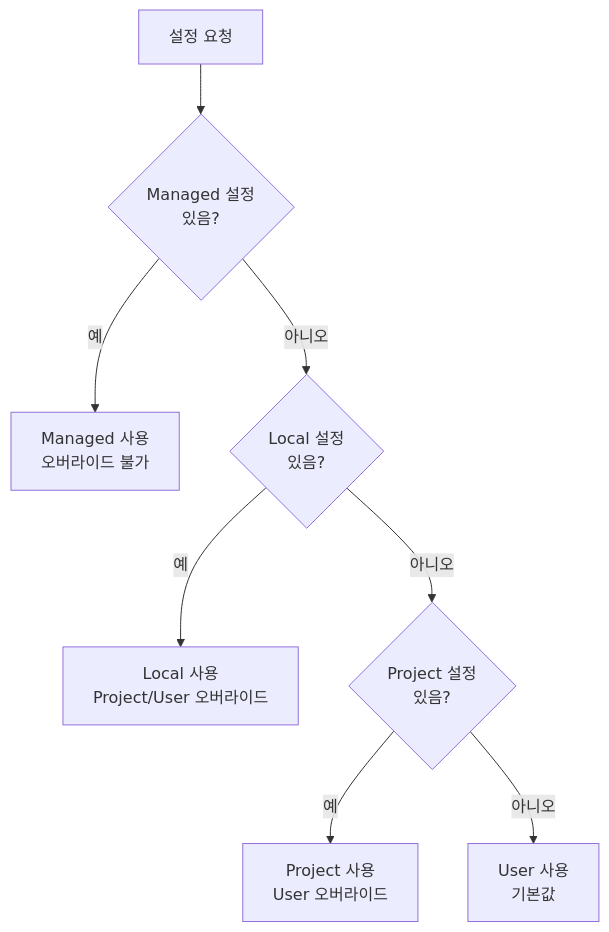
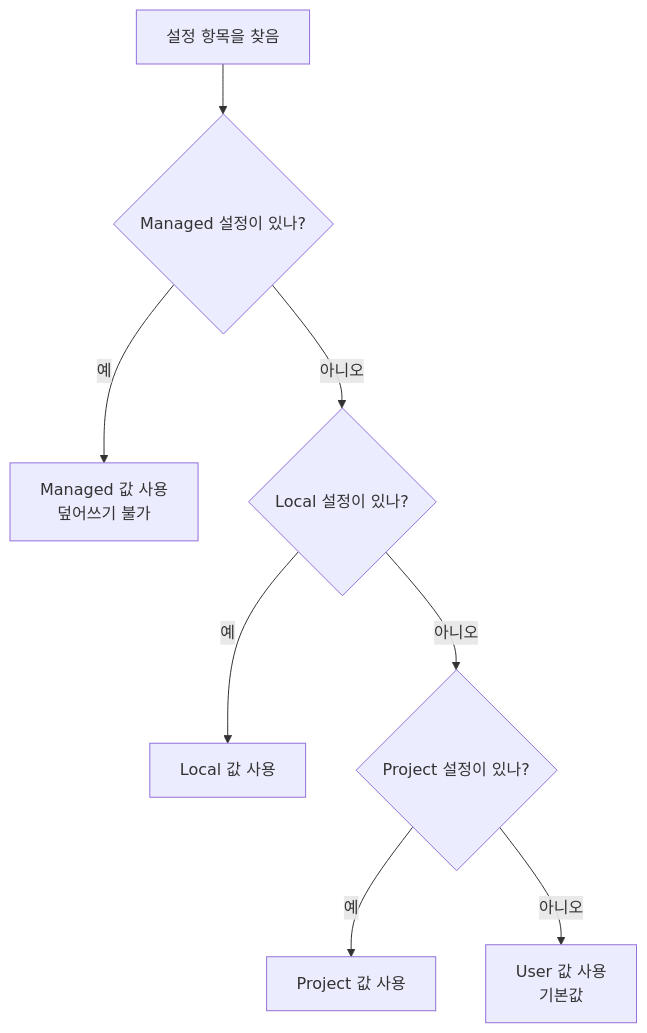
The first of 2 diagrams in docs-site/content/ko/advanced/settings-json.md (modu-ai/moai-adk), drawn with Mermaid before and after one commit. The commit also changed other lines of this file and 14 other files, not shown here.

````diff
--- a/docs-site/content/ko/advanced/settings-json.md
+++ b/docs-site/content/ko/advanced/settings-json.md
@@ -30,10 +40,10 @@
 ```mermaid
 flowchart TD
-    A[설정 요청] --> B{Managed 설정<br>있음?}
-    B -->|예| C[Managed 사용<br>오버라이드 불가]
-    B -->|아니오| D{Local 설정<br>있음?}
-    D -->|예| E[Local 사용<br>Project/User 오버라이드]
-    D -->|아니오| F{Project 설정<br>있음?}
-    F -->|예| G[Project 사용<br>User 오버라이드]
-    F -->|아니오| H[User 사용<br>기본값]
+    A["설정 항목을 찾음"] --> B{"Managed 설정이 있나?"}
+    B -->|예| C["Managed 값 사용<br/>덮어쓰기 불가"]
+    B -->|아니오| D{"Local 설정이 있나?"}
+    D -->|예| E["Local 값 사용"]
+    D -->|아니오| F{"Project 설정이 있나?"}
+    F -->|예| G["Project 값 사용"]
+    F -->|아니오| H["User 값 사용<br/>기본값"]
 ```
````
